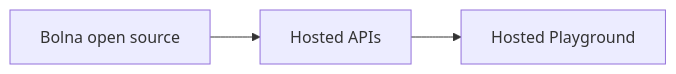
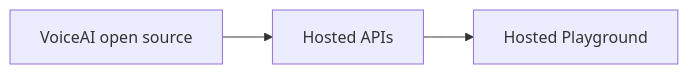
The diagram in README.md (avyrontechnology/voiceai), drawn with Mermaid before and after one commit. The commit also changed other lines of this file and 208 other files, not shown here.

````diff
--- a/README.md
+++ b/README.md
@@ -53,5 +53,5 @@
 ```mermaid
 graph LR;
-    A[Bolna open source] -->B[Hosted APIs];
+    A[VoiceAI open source] -->B[Hosted APIs];
     B[Hosted APIs] --> C[Hosted Playground]
 ```
````
